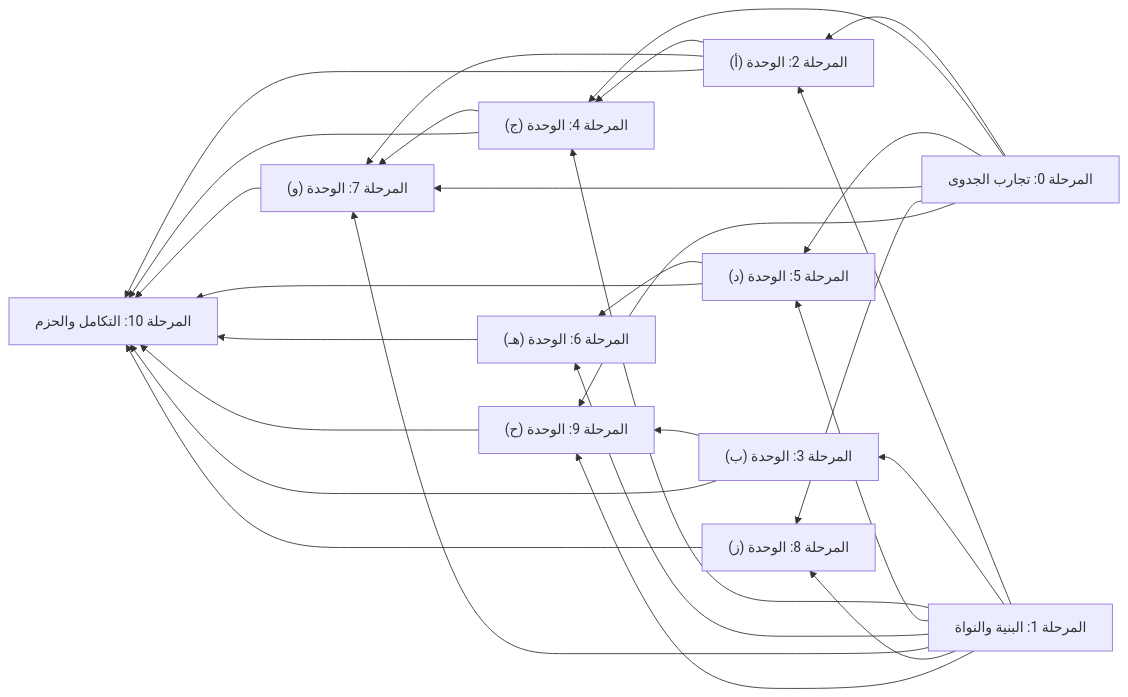
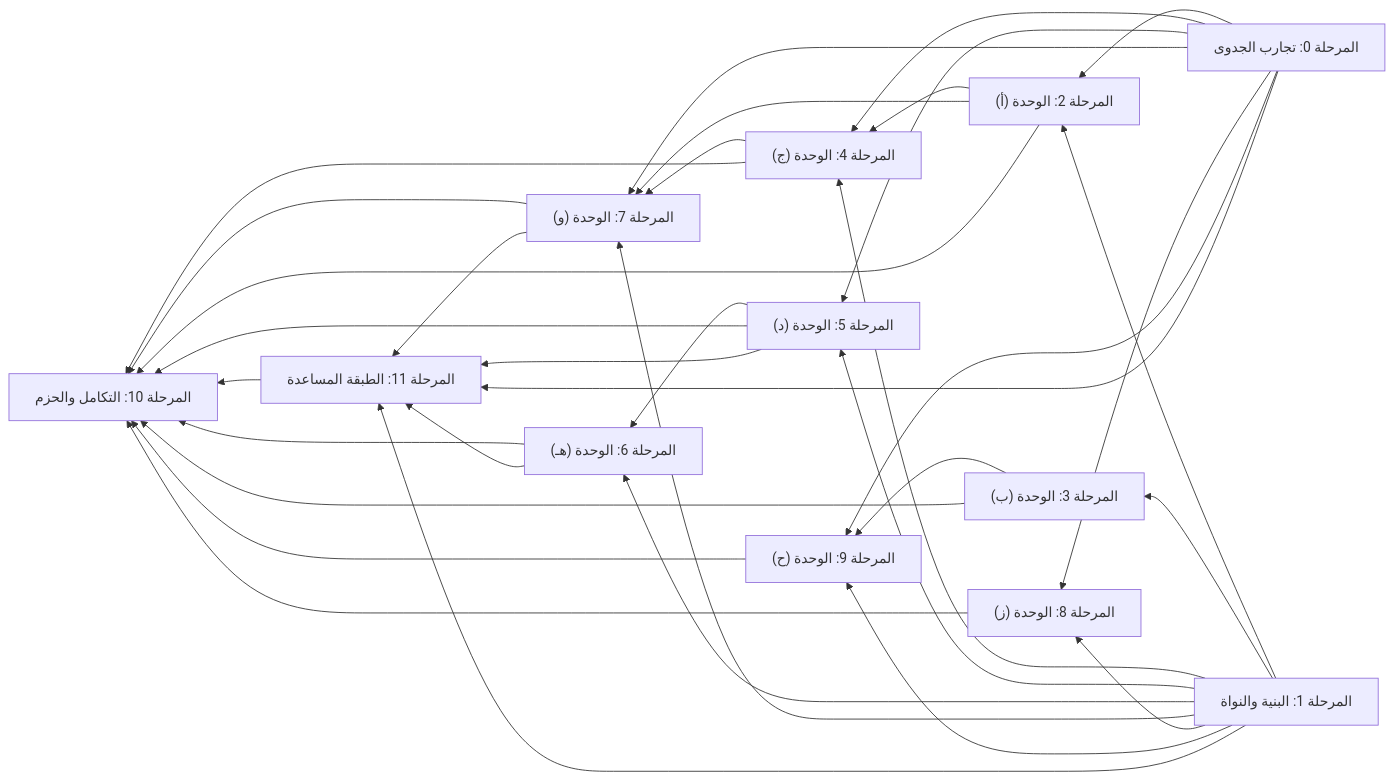
One commit to iSltanX/Mijhar changed the diagram in ROADMAP.md. Above: the diagram before and after it, drawn with Mermaid. The commit also changed other lines of this file and 29 other files, not shown here.

````diff
--- a/ROADMAP.md
+++ b/ROADMAP.md
@@ -33,41 +34,48 @@
 ```mermaid
 flowchart RL
     P0["المرحلة 0: تجارب الجدوى"]
     P1["المرحلة 1: البنية والنواة"]
     P2["المرحلة 2: الوحدة (أ)"]
     P3["المرحلة 3: الوحدة (ب)"]
     P4["المرحلة 4: الوحدة (ج)"]
     P5["المرحلة 5: الوحدة (د)"]
     P6["المرحلة 6: الوحدة (هـ)"]
     P7["المرحلة 7: الوحدة (و)"]
     P8["المرحلة 8: الوحدة (ز)"]
     P9["المرحلة 9: الوحدة (ح)"]
     P10["المرحلة 10: التكامل والحزم"]
+    P11["المرحلة 11: الطبقة المساعدة"]
     P0 --> P2
     P1 --> P2
     P1 --> P3
     P0 --> P4
     P1 --> P4
     P2 --> P4
     P0 --> P5
     P1 --> P5
     P1 --> P6
     P5 --> P6
     P0 --> P7
     P1 --> P7
     P2 --> P7
     P4 --> P7
     P0 --> P8
     P1 --> P8
     P0 --> P9
     P1 --> P9
     P3 --> P9
     P2 --> P10
     P3 --> P10
     P4 --> P10
     P5 --> P10
     P6 --> P10
     P7 --> P10
     P8 --> P10
     P9 --> P10
+    P11 --> P10
+    P0 --> P11
+    P1 --> P11
+    P5 --> P11
+    P6 --> P11
+    P7 --> P11
 ```
````
